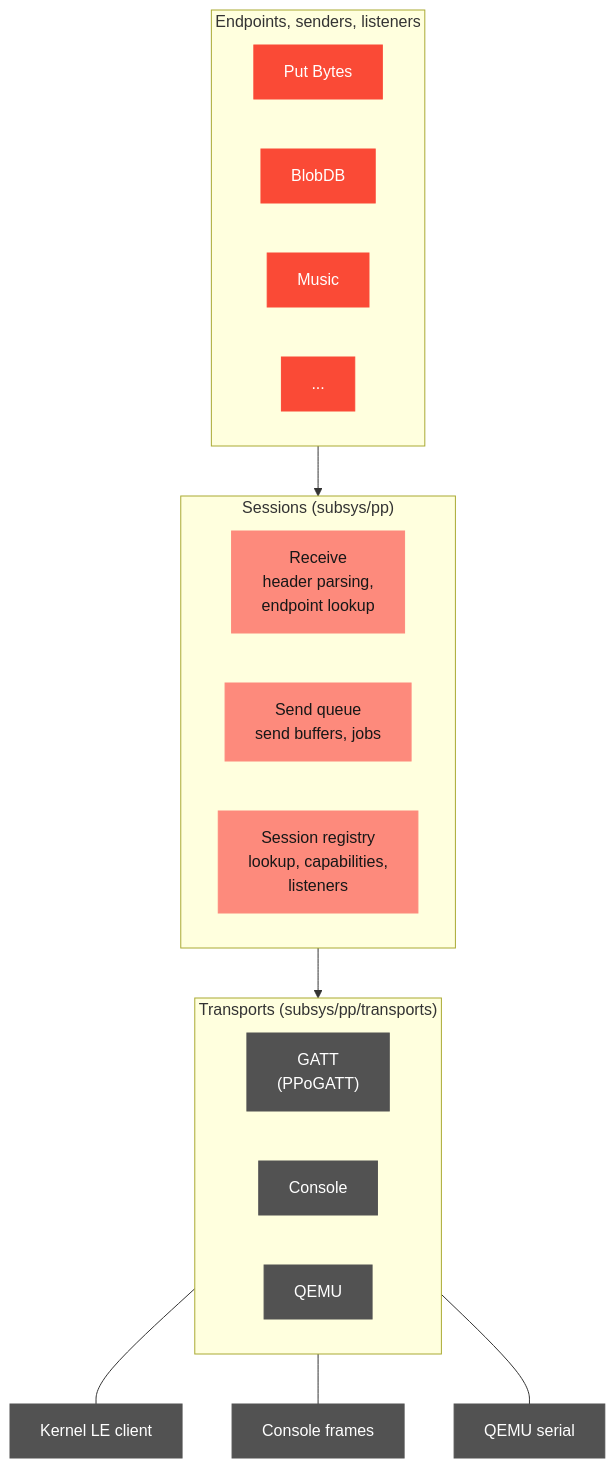
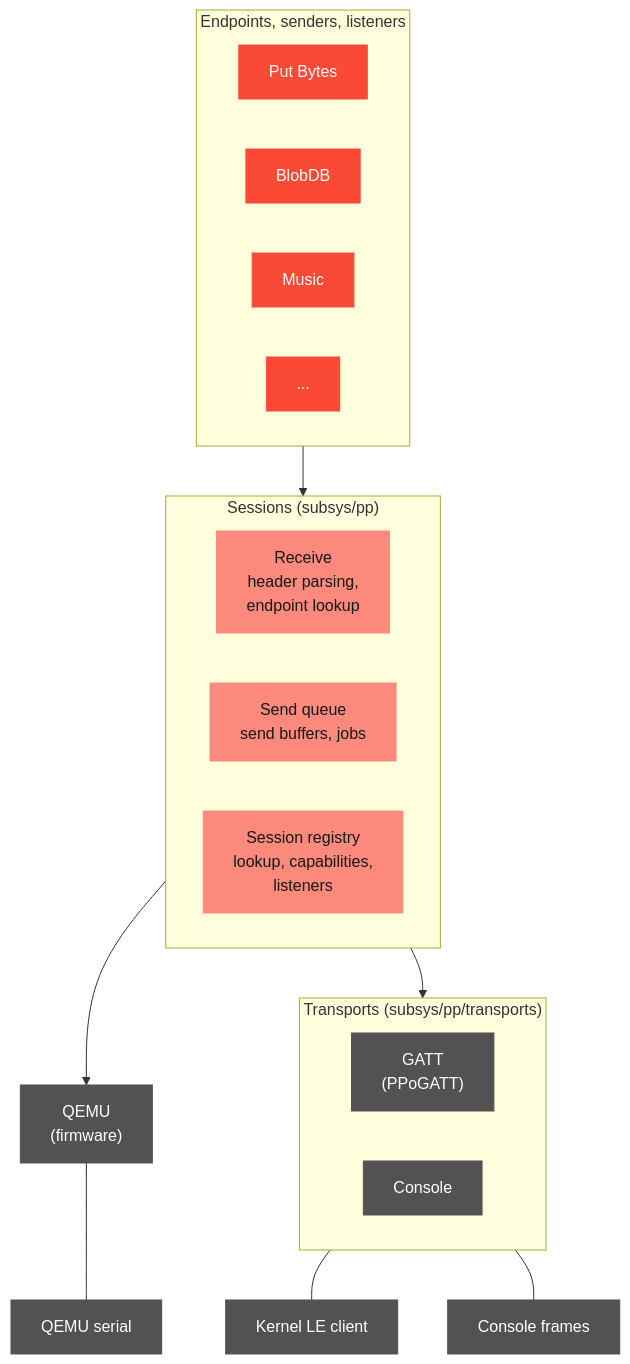
Before and after one commit to coredevices/PebbleOS: the first of 4 diagrams in docs/subsystems/pp/index.md, drawn with Mermaid. The commit also changed other lines of this file and 9 other files, not shown here.

````diff
--- a/docs/subsystems/pp/index.md
+++ b/docs/subsystems/pp/index.md
@@ -35,34 +35,35 @@
 ```{mermaid}
 flowchart TB
   subgraph users["Endpoints, senders, listeners"]
     direction LR
     pb["Put Bytes"]
     blob["BlobDB"]
     music["Music"]
     more["..."]
   end
   subgraph core["Sessions (subsys/pp)"]
     direction LR
     rx["Receive<br/>header parsing,<br/>endpoint lookup"]
     tx["Send queue<br/>send buffers, jobs"]
     sess["Session registry<br/>lookup, capabilities,<br/>listeners"]
   end
   subgraph transports["Transports (subsys/pp/transports)"]
     direction LR
     gatt["GATT<br/>(PPoGATT)"]
     console["Console"]
-    qemu["QEMU"]
   end
+  qemu["QEMU<br/>(firmware)"]
   users --> core
   core --> transports
+  core --> qemu
   gatt --- ble["Kernel LE client"]
   console --- cons["Console frames"]
   qemu --- qser["QEMU serial"]
 
   classDef app fill:#fa4a36,stroke:#fa4a36,color:#ffffff
   classDef system fill:#fd8a7c,stroke:#fd8a7c,color:#171717
   classDef base fill:#525252,stroke:#525252,color:#ffffff
   class pb,blob,music,more app
   class rx,tx,sess system
   class gatt,console,qemu,ble,cons,qser base
 ```
````
